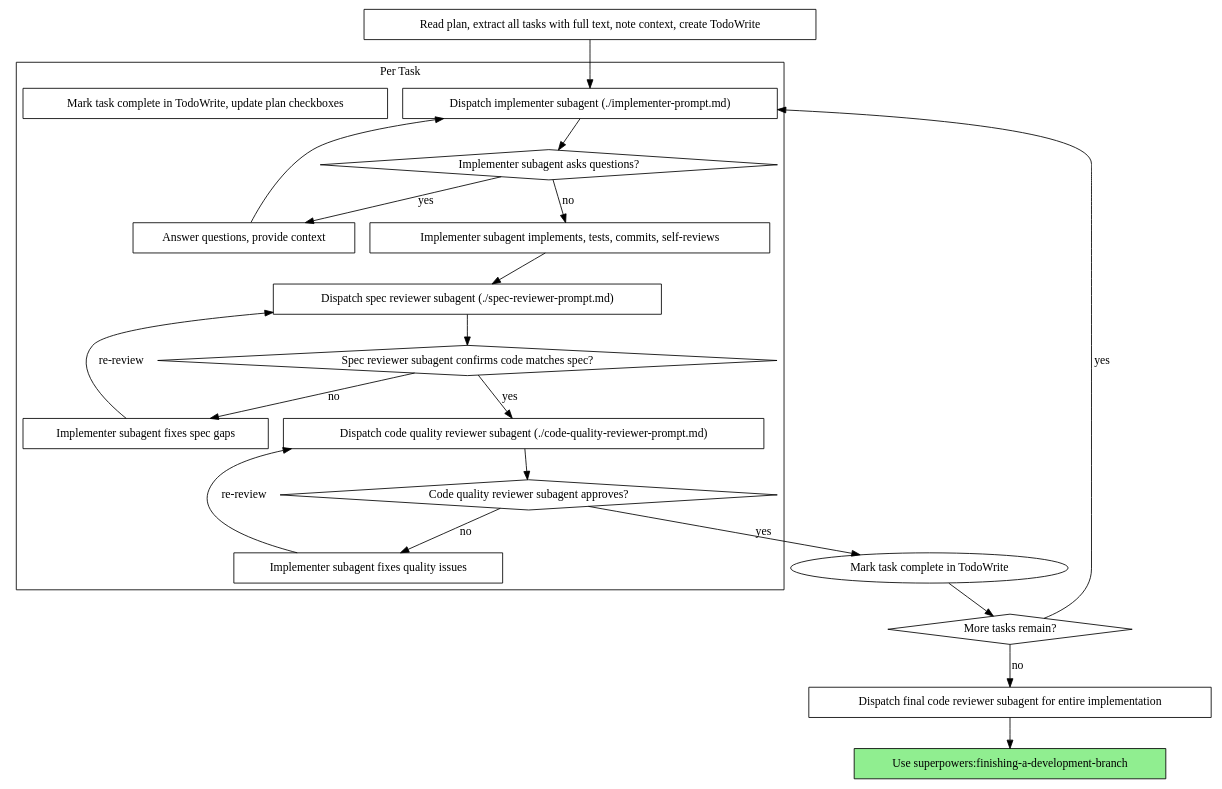
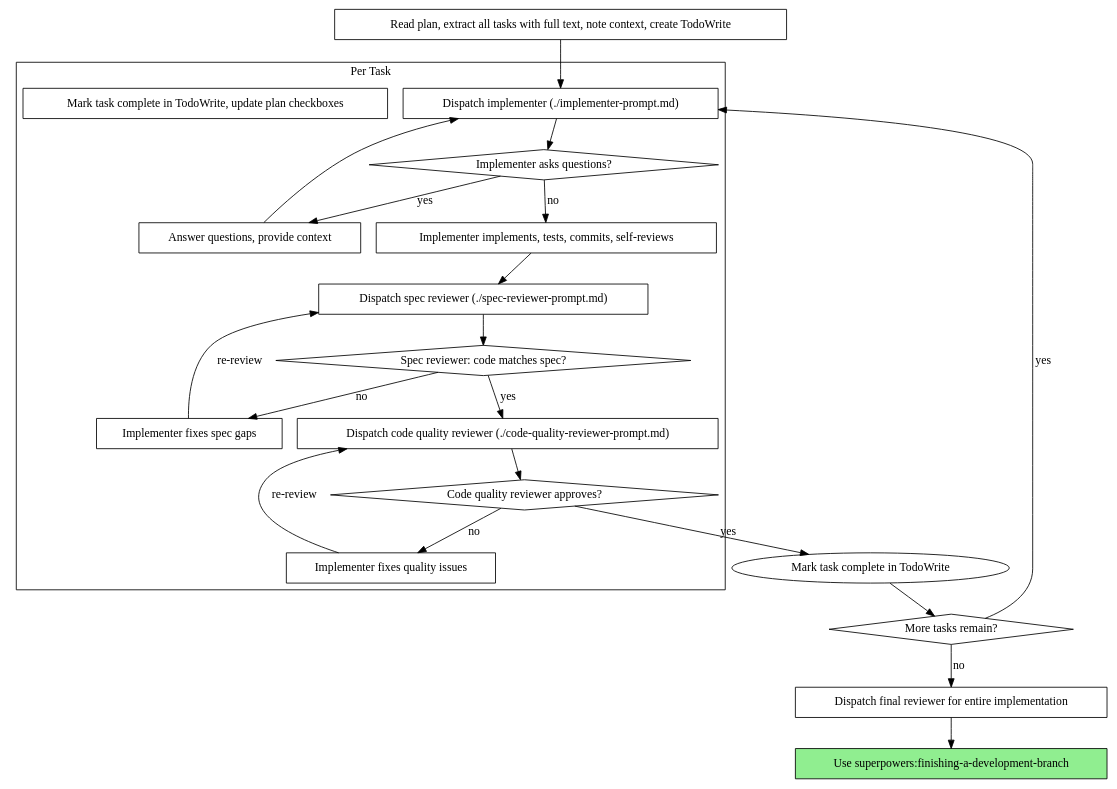
One commit to tbelmega/superpowers changed the second of 2 diagrams in skills/subagent-driven-development/SKILL.md. Above: the diagram before and after it, drawn with Graphviz. The commit also changed other lines of this file and 3 other files, not shown here.

Commit message:
Adjust subagent-driven-development skill to Cursor

````diff
--- a/skills/subagent-driven-development/SKILL.md
+++ b/skills/subagent-driven-development/SKILL.md
@@ -42,44 +62,44 @@
 ```dot
 digraph process {
     rankdir=TB;
 
     subgraph cluster_per_task {
         label="Per Task";
-        "Dispatch implementer subagent (./implementer-prompt.md)" [shape=box];
-        "Implementer subagent asks questions?" [shape=diamond];
+        "Dispatch implementer (./implementer-prompt.md)" [shape=box];
+        "Implementer asks questions?" [shape=diamond];
         "Answer questions, provide context" [shape=box];
-        "Implementer subagent implements, tests, commits, self-reviews" [shape=box];
-        "Dispatch spec reviewer subagent (./spec-reviewer-prompt.md)" [shape=box];
-        "Spec reviewer subagent confirms code matches spec?" [shape=diamond];
-        "Implementer subagent fixes spec gaps" [shape=box];
-        "Dispatch code quality reviewer subagent (./code-quality-reviewer-prompt.md)" [shape=box];
-        "Code quality reviewer subagent approves?" [shape=diamond];
-        "Implementer subagent fixes quality issues" [shape=box];
+        "Implementer implements, tests, commits, self-reviews" [shape=box];
+        "Dispatch spec reviewer (./spec-reviewer-prompt.md)" [shape=box];
+        "Spec reviewer: code matches spec?" [shape=diamond];
+        "Implementer fixes spec gaps" [shape=box];
+        "Dispatch code quality reviewer (./code-quality-reviewer-prompt.md)" [shape=box];
+        "Code quality reviewer approves?" [shape=diamond];
+        "Implementer fixes quality issues" [shape=box];
         "Mark task complete in TodoWrite, update plan checkboxes" [shape=box];
     }
 
     "Read plan, extract all tasks with full text, note context, create TodoWrite" [shape=box];
     "More tasks remain?" [shape=diamond];
-    "Dispatch final code reviewer subagent for entire implementation" [shape=box];
+    "Dispatch final reviewer for entire implementation" [shape=box];
     "Use superpowers:finishing-a-development-branch" [shape=box style=filled fillcolor=lightgreen];
 
-    "Read plan, extract all tasks with full text, note context, create TodoWrite" -> "Dispatch implementer subagent (./implementer-prompt.md)";
-    "Dispatch implementer subagent (./implementer-prompt.md)" -> "Implementer subagent asks questions?";
-    "Implementer subagent asks questions?" -> "Answer questions, provide context" [label="yes"];
-    "Answer questions, provide context" -> "Dispatch implementer subagent (./implementer-prompt.md)";
-    "Implementer subagent asks questions?" -> "Implementer subagent implements, tests, commits, self-reviews" [label="no"];
-    "Implementer subagent implements, tests, commits, self-reviews" -> "Dispatch spec reviewer subagent (./spec-reviewer-prompt.md)";
-    "Dispatch spec reviewer subagent (./spec-reviewer-prompt.md)" -> "Spec reviewer subagent confirms code matches spec?";
-    "Spec reviewer subagent confirms code matches spec?" -> "Implementer subagent fixes spec gaps" [label="no"];
-    "Implementer subagent fixes spec gaps" -> "Dispatch spec reviewer subagent (./spec-reviewer-prompt.md)" [label="re-review"];
-    "Spec reviewer subagent confirms code matches spec?" -> "Dispatch code quality reviewer subagent (./code-quality-reviewer-prompt.md)" [label="yes"];
-    "Dispatch code quality reviewer subagent (./code-quality-reviewer-prompt.md)" -> "Code quality reviewer subagent approves?";
-    "Code quality reviewer subagent approves?" -> "Implementer subagent fixes quality issues" [label="no"];
-    "Implementer subagent fixes quality issues" -> "Dispatch code quality reviewer subagent (./code-quality-reviewer-prompt.md)" [label="re-review"];
-    "Code quality reviewer subagent approves?" -> "Mark task complete in TodoWrite" [label="yes"];
+    "Read plan, extract all tasks with full text, note context, create TodoWrite" -> "Dispatch implementer (./implementer-prompt.md)";
+    "Dispatch implementer (./implementer-prompt.md)" -> "Implementer asks questions?";
+    "Implementer asks questions?" -> "Answer questions, provide context" [label="yes"];
+    "Answer questions, provide context" -> "Dispatch implementer (./implementer-prompt.md)";
+    "Implementer asks questions?" -> "Implementer implements, tests, commits, self-reviews" [label="no"];
+    "Implementer implements, tests, commits, self-reviews" -> "Dispatch spec reviewer (./spec-reviewer-prompt.md)";
+    "Dispatch spec reviewer (./spec-reviewer-prompt.md)" -> "Spec reviewer: code matches spec?";
+    "Spec reviewer: code matches spec?" -> "Implementer fixes spec gaps" [label="no"];
+    "Implementer fixes spec gaps" -> "Dispatch spec reviewer (./spec-reviewer-prompt.md)" [label="re-review"];
+    "Spec reviewer: code matches spec?" -> "Dispatch code quality reviewer (./code-quality-reviewer-prompt.md)" [label="yes"];
+    "Dispatch code quality reviewer (./code-quality-reviewer-prompt.md)" -> "Code quality reviewer approves?";
+    "Code quality reviewer approves?" -> "Implementer fixes quality issues" [label="no"];
+    "Implementer fixes quality issues" -> "Dispatch code quality reviewer (./code-quality-reviewer-prompt.md)" [label="re-review"];
+    "Code quality reviewer approves?" -> "Mark task complete in TodoWrite" [label="yes"];
     "Mark task complete in TodoWrite" -> "More tasks remain?";
-    "More tasks remain?" -> "Dispatch implementer subagent (./implementer-prompt.md)" [label="yes"];
-    "More tasks remain?" -> "Dispatch final code reviewer subagent for entire implementation" [label="no"];
-    "Dispatch final code reviewer subagent for entire implementation" -> "Use superpowers:finishing-a-development-branch";
+    "More tasks remain?" -> "Dispatch implementer (./implementer-prompt.md)" [label="yes"];
+    "More tasks remain?" -> "Dispatch final reviewer for entire implementation" [label="no"];
+    "Dispatch final reviewer for entire implementation" -> "Use superpowers:finishing-a-development-branch";
 }
 ```
````
